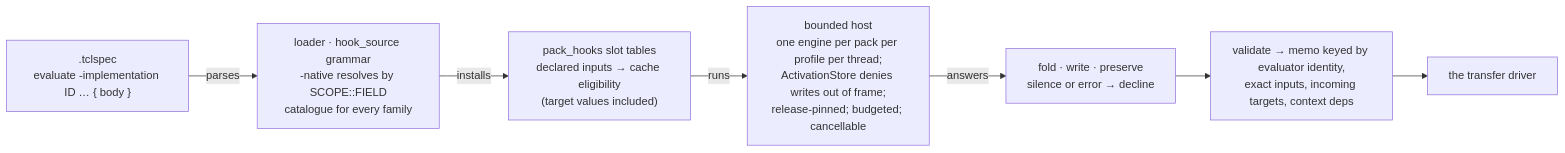
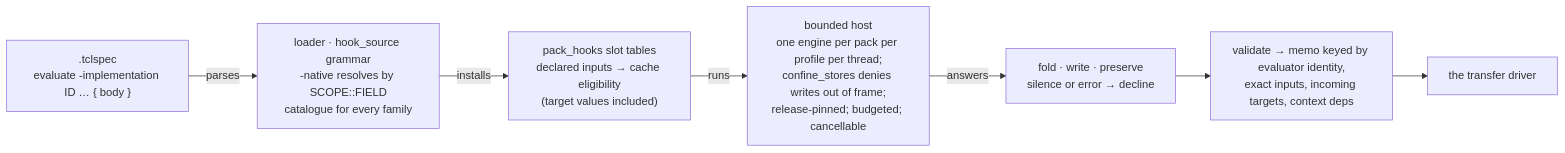
The third of 3 diagrams in docs/design/compiler/value-evaluation.md (bitwisecook/tcl-lsp), drawn with Mermaid before and after one commit. The commit also changed other lines of this file and 12 other files, not shown here.

````diff
--- a/docs/design/compiler/value-evaluation.md
+++ b/docs/design/compiler/value-evaluation.md
@@ -1119,10 +1200,10 @@
 ```mermaid
 flowchart LR
     T[".tclspec<br/>evaluate -implementation ID … { body }"]
     T -->|parses| L["loader · hook_source grammar<br/>-native resolves by SCOPE::FIELD<br/>catalogue for every family"]
     L -->|installs| P["pack_hooks slot tables<br/>declared inputs → cache eligibility<br/>(target values included)"]
-    P -->|runs| H["bounded host<br/>one engine per pack per profile per thread;<br/>ActivationStore denies writes out of frame;<br/>release-pinned; budgeted; cancellable"]
+    P -->|runs| H["bounded host<br/>one engine per pack per profile per thread;<br/>confine_stores denies writes out of frame;<br/>release-pinned; budgeted; cancellable"]
     H -->|answers| E["fold · write · preserve<br/>silence or error → decline"]
     E --> V["validate → memo keyed by evaluator identity,<br/>exact inputs, incoming targets, context deps"]
     V --> S["the transfer driver"]
 ```
````
